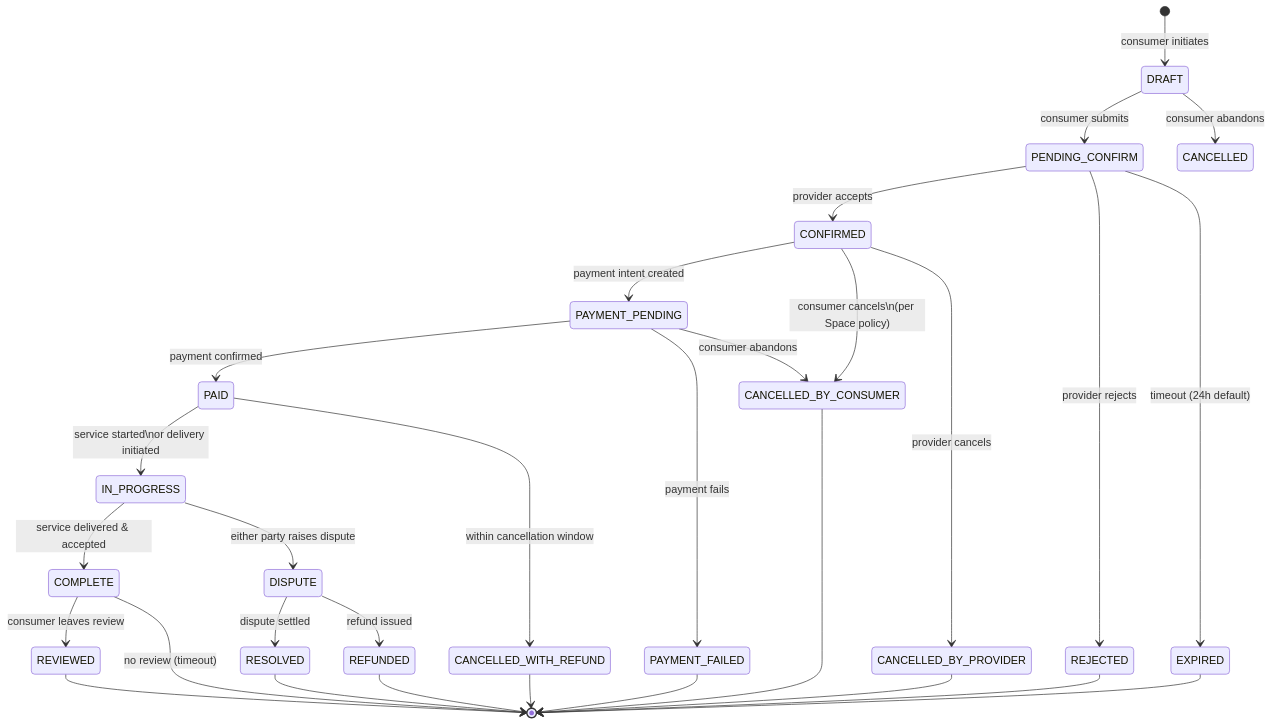
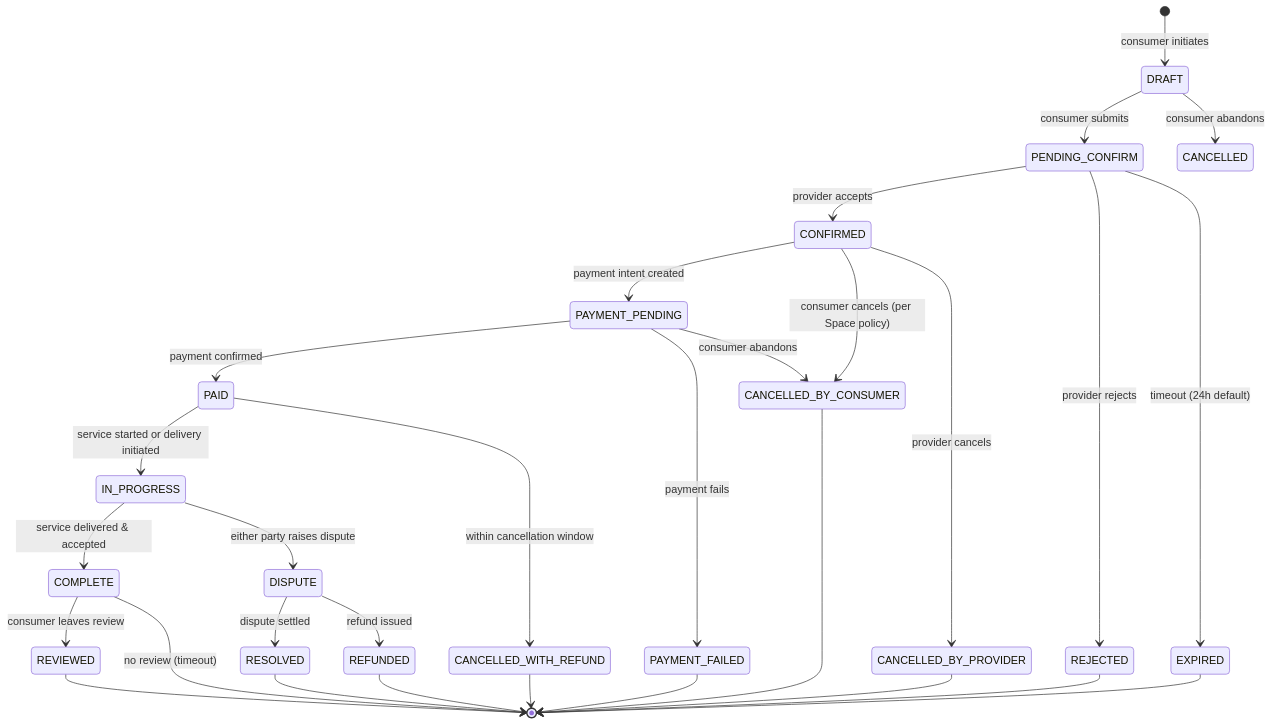
Diagram 16 of 21 in docs/architecture.md (syneroym/syneroym), drawn with Mermaid before and after one commit. The commit also changed other lines of this file, not shown here.

````diff
--- a/docs/architecture.md
+++ b/docs/architecture.md
@@ -609,41 +608,41 @@
 ```mermaid
 stateDiagram-v2
     [*] --> DRAFT : consumer initiates
 
     DRAFT --> PENDING_CONFIRM : consumer submits
     DRAFT --> CANCELLED : consumer abandons
 
     PENDING_CONFIRM --> CONFIRMED : provider accepts
     PENDING_CONFIRM --> REJECTED : provider rejects
     PENDING_CONFIRM --> EXPIRED : timeout (24h default)
 
     CONFIRMED --> PAYMENT_PENDING : payment intent created
-    CONFIRMED --> CANCELLED_BY_CONSUMER : consumer cancels\n(per Space policy)
+    CONFIRMED --> CANCELLED_BY_CONSUMER : consumer cancels (per Space policy)
     CONFIRMED --> CANCELLED_BY_PROVIDER : provider cancels
 
     PAYMENT_PENDING --> PAID : payment confirmed
     PAYMENT_PENDING --> PAYMENT_FAILED : payment fails
     PAYMENT_PENDING --> CANCELLED_BY_CONSUMER : consumer abandons
 
-    PAID --> IN_PROGRESS : service started\nor delivery initiated
+    PAID --> IN_PROGRESS : service started or delivery initiated
     PAID --> CANCELLED_WITH_REFUND : within cancellation window
 
     IN_PROGRESS --> COMPLETE : service delivered & accepted
     IN_PROGRESS --> DISPUTE : either party raises dispute
 
     COMPLETE --> REVIEWED : consumer leaves review
     COMPLETE --> [*] : no review (timeout)
 
     DISPUTE --> RESOLVED : dispute settled
     DISPUTE --> REFUNDED : refund issued
 
     RESOLVED --> [*]
     REFUNDED --> [*]
     REVIEWED --> [*]
     REJECTED --> [*]
     EXPIRED --> [*]
     CANCELLED_BY_CONSUMER --> [*]
     CANCELLED_BY_PROVIDER --> [*]
     PAYMENT_FAILED --> [*]
     CANCELLED_WITH_REFUND --> [*]
 ```
````
